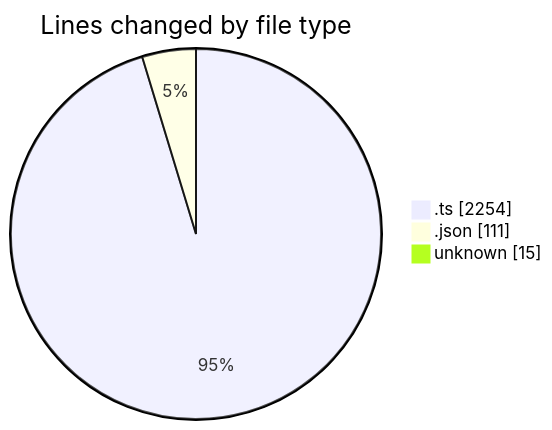
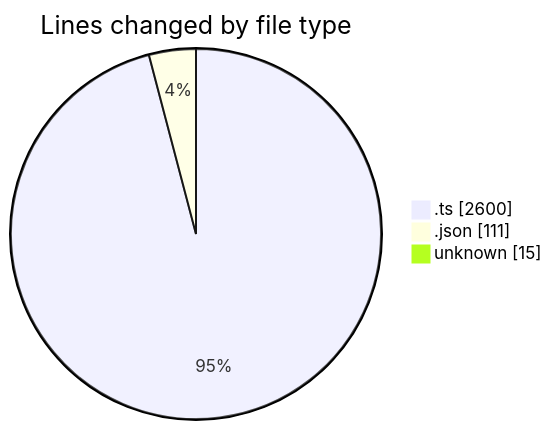
Before and after one commit to lephambinh05/code-tracking: the first of 2 diagrams in 2025-09-13/hiai-phf/README.md, drawn with Mermaid. The commit also changed other lines of this file and 1 other file, not shown here.

````diff
--- a/2025-09-13/hiai-phf/README.md
+++ b/2025-09-13/hiai-phf/README.md
@@ -29,7 +32,7 @@
 ```mermaid
 pie showData
 title Lines changed by file type
-".ts" : 2254
+".ts" : 2600
 ".json" : 111
 "unknown" : 15
 ```
````
